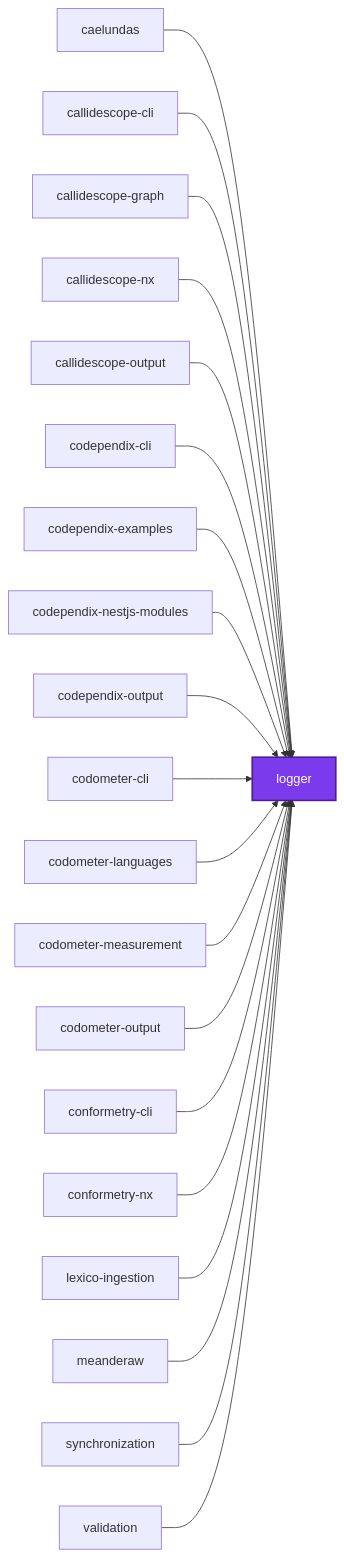
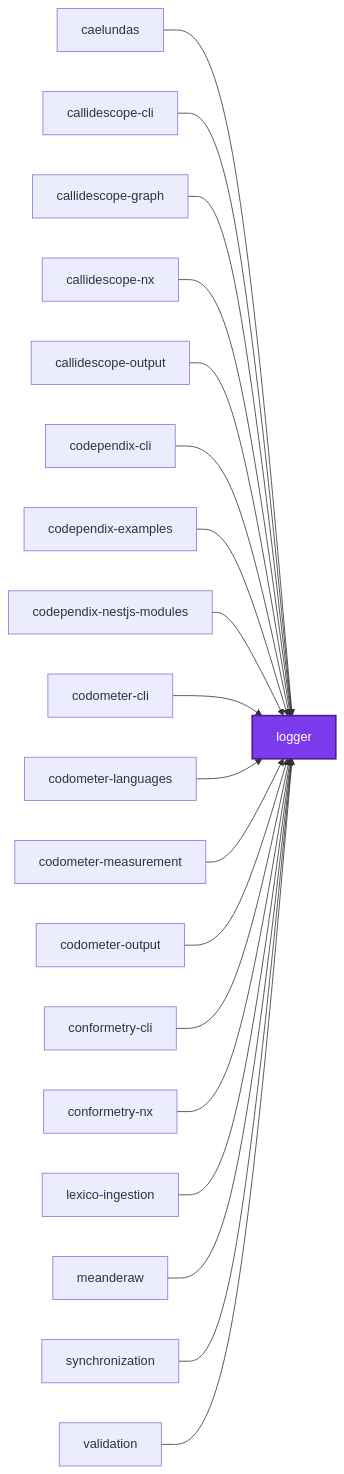
The first of 3 diagrams in packages/logger/README.md (JimmyPaolini/codebase), drawn with Mermaid before and after one commit. The commit also changed 108 other files, not shown here.

````diff
--- a/packages/logger/README.md
+++ b/packages/logger/README.md
@@ -136,44 +136,42 @@
 ```mermaid
 graph LR
   caelundas["caelundas"]
   callidescope_cli["callidescope-cli"]
   callidescope_graph["callidescope-graph"]
   callidescope_nx["callidescope-nx"]
   callidescope_output["callidescope-output"]
   codependix_cli["codependix-cli"]
   codependix_examples["codependix-examples"]
   codependix_nestjs_modules["codependix-nestjs-modules"]
-  codependix_output["codependix-output"]
   codometer_cli["codometer-cli"]
   codometer_languages["codometer-languages"]
   codometer_measurement["codometer-measurement"]
   codometer_output["codometer-output"]
   conformetry_cli["conformetry-cli"]
   conformetry_nx["conformetry-nx"]
   lexico_ingestion["lexico-ingestion"]
   logger["logger"]
   meanderaw["meanderaw"]
   synchronization["synchronization"]
   validation["validation"]
   caelundas --> logger
   callidescope_cli --> logger
   callidescope_graph --> logger
   callidescope_nx --> logger
   callidescope_output --> logger
   codependix_cli --> logger
   codependix_examples --> logger
   codependix_nestjs_modules --> logger
-  codependix_output --> logger
   codometer_cli --> logger
   codometer_languages --> logger
   codometer_measurement --> logger
   codometer_output --> logger
   conformetry_cli --> logger
   conformetry_nx --> logger
   lexico_ingestion --> logger
   meanderaw --> logger
   synchronization --> logger
   validation --> logger
   classDef subject fill:#7c3aed,color:#fff,stroke:#4c1d95,stroke-width:2px
   class logger subject
 ```
````
